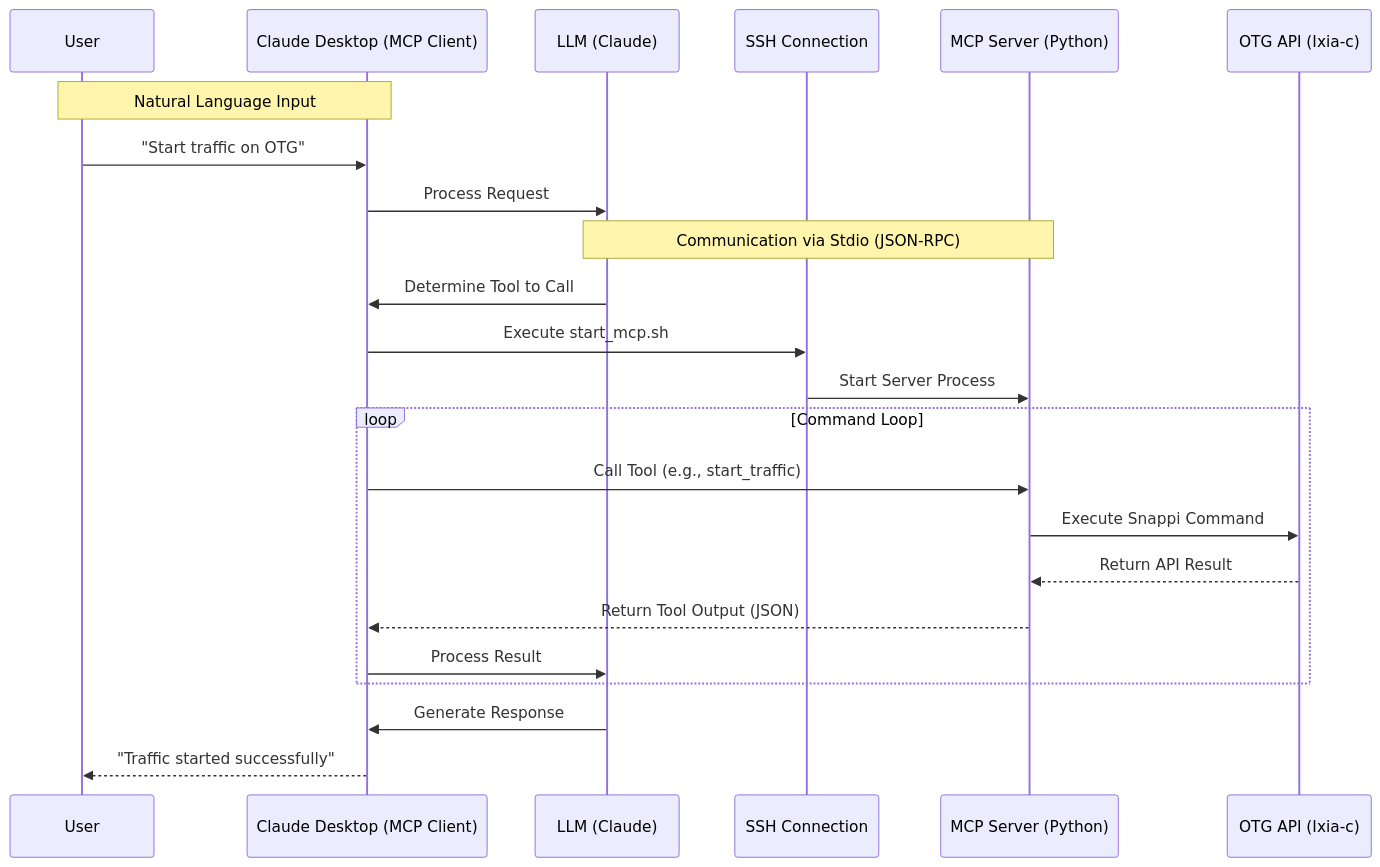
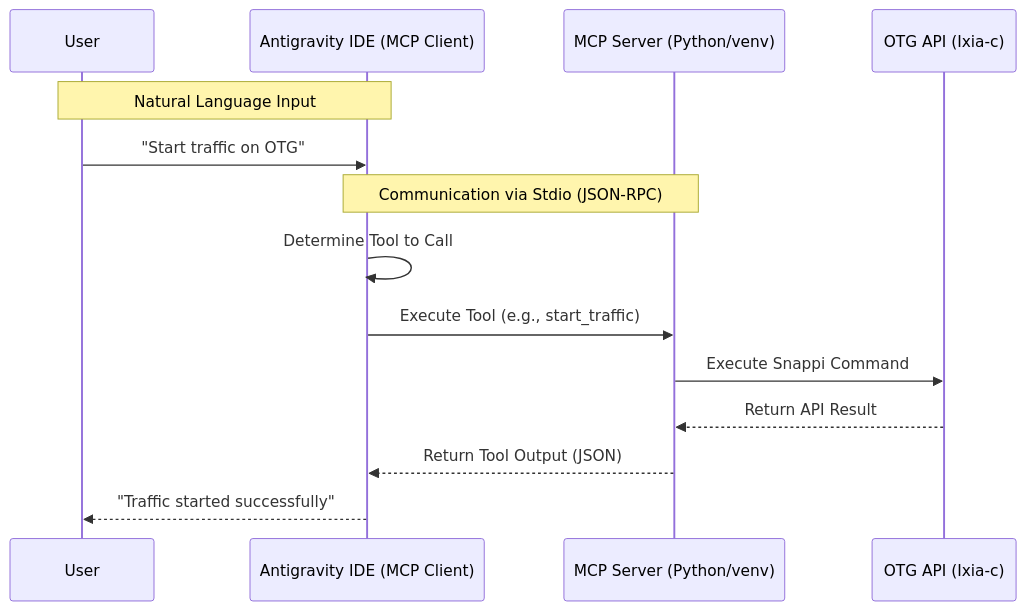
Before and after one commit to tadashota212/otg-test: the second of 2 diagrams in README.md, drawn with Mermaid. The commit also changed other lines of this file and 1 other file, not shown here.

Commit message:
Update README for Antigravity IDE/venv and apply telemetry fixes

````diff
--- a/README.md
+++ b/README.md
@@ -120,29 +121,19 @@
 ```mermaid
 sequenceDiagram
     participant User as User
-    participant Client as Claude Desktop (MCP Client)
-    participant LLM as LLM (Claude)
-    participant SSH as SSH Connection
-    participant MCP as MCP Server (Python)
+    participant Client as Antigravity IDE (MCP Client)
+    participant MCP as MCP Server (Python/venv)
     participant OTG as OTG API (Ixia-c)
 
     Note over User, Client: Natural Language Input
     User->>Client: "Start traffic on OTG"
-    Client->>LLM: Process Request
     
-    Note over LLM, MCP: Communication via Stdio (JSON-RPC)
-    LLM->>Client: Determine Tool to Call
-    Client->>SSH: Execute start_mcp.sh
-    SSH->>MCP: Start Server Process
+    Note over Client, MCP: Communication via Stdio (JSON-RPC)
+    Client->>Client: Determine Tool to Call
+    Client->>MCP: Execute Tool (e.g., start_traffic)
+    MCP->>OTG: Execute Snappi Command
+    OTG-->>MCP: Return API Result
+    MCP-->>Client: Return Tool Output (JSON)
     
-    loop Command Loop
-        Client->>MCP: Call Tool (e.g., start_traffic)
-        MCP->>OTG: Execute Snappi Command
-        OTG-->>MCP: Return API Result
-        MCP-->>Client: Return Tool Output (JSON)
-        Client->>LLM: Process Result
-    end
-    
-    LLM->>Client: Generate Response
     Client-->>User: "Traffic started successfully"
 ```
````
